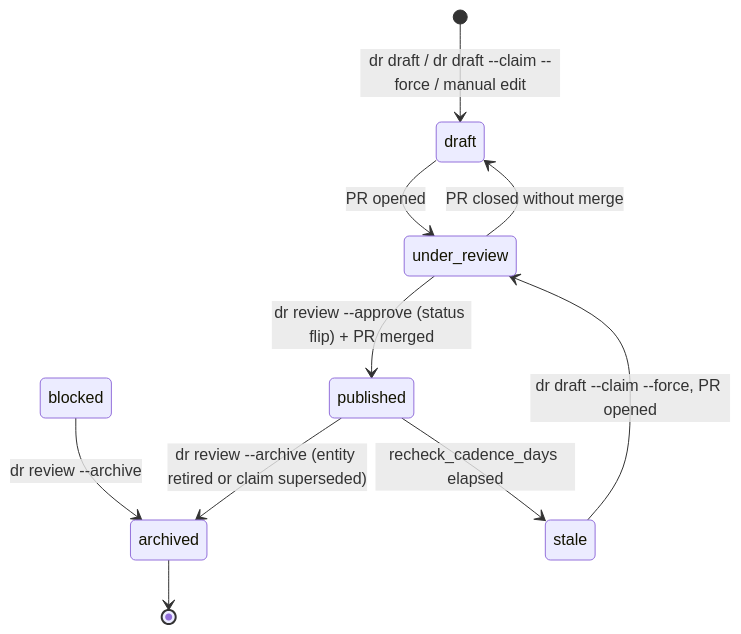
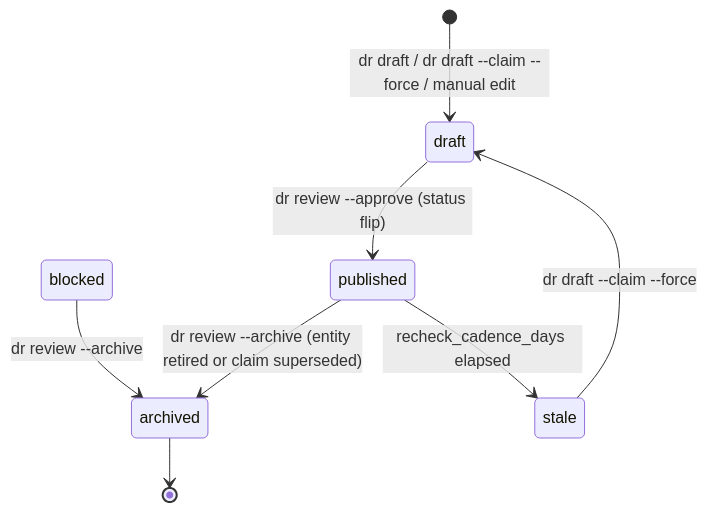
One commit to dangerous-robot/site changed the first of 6 diagrams in docs/architecture/research-flow.md. Above: the diagram before and after it, drawn with Mermaid. The commit also changed other lines of this file and 37 other files, not shown here.

````diff
--- a/docs/architecture/research-flow.md
+++ b/docs/architecture/research-flow.md
@@ -19,12 +19,10 @@
 ```mermaid
 stateDiagram-v2
     [*] --> draft: dr draft / dr draft --claim --force / manual edit
     blocked --> archived: dr review --archive
-    draft --> under_review: PR opened
-    under_review --> draft: PR closed without merge
-    under_review --> published: dr review --approve (status flip) + PR merged
+    draft --> published: dr review --approve (status flip)
     published --> stale: recheck_cadence_days elapsed
-    stale --> under_review: dr draft --claim --force, PR opened
+    stale --> draft: dr draft --claim --force
     published --> archived: dr review --archive (entity retired or claim superseded)
     archived --> [*]
 ```
````
